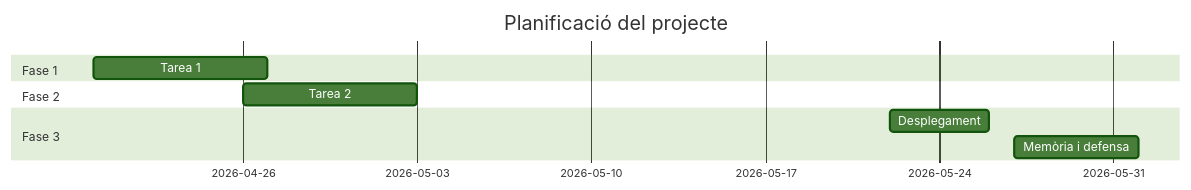
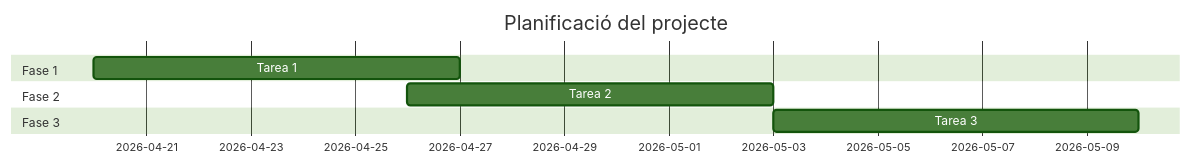
Before and after one commit to Yang07620/proyecto-final_empresa: the diagram in README.md, drawn with Mermaid (forest theme).

````diff
--- a/README.md
+++ b/README.md
@@ -1,12 +1,11 @@
 ```mermaid
 gantt
   title Planificació del projecte
   dateFormat YYYY-MM-DD
   section Fase 1
   Tarea 1             :a1, 2026-04-20, 7d
   section Fase 2
   Tarea 2             :b1, 2026-04-26, 7d
   section Fase 3
-  Desplegament        :c1, 2026-05-22, 4d
-  Memòria i defensa   :c2, 2026-05-27, 5d
+  Tarea 3             :c1, 2026-05-03, 7d
 ```
````
